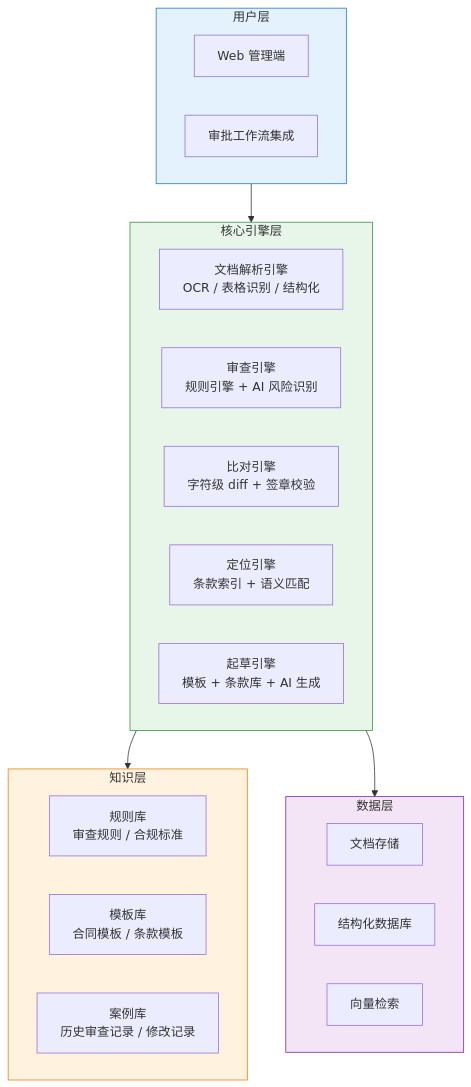
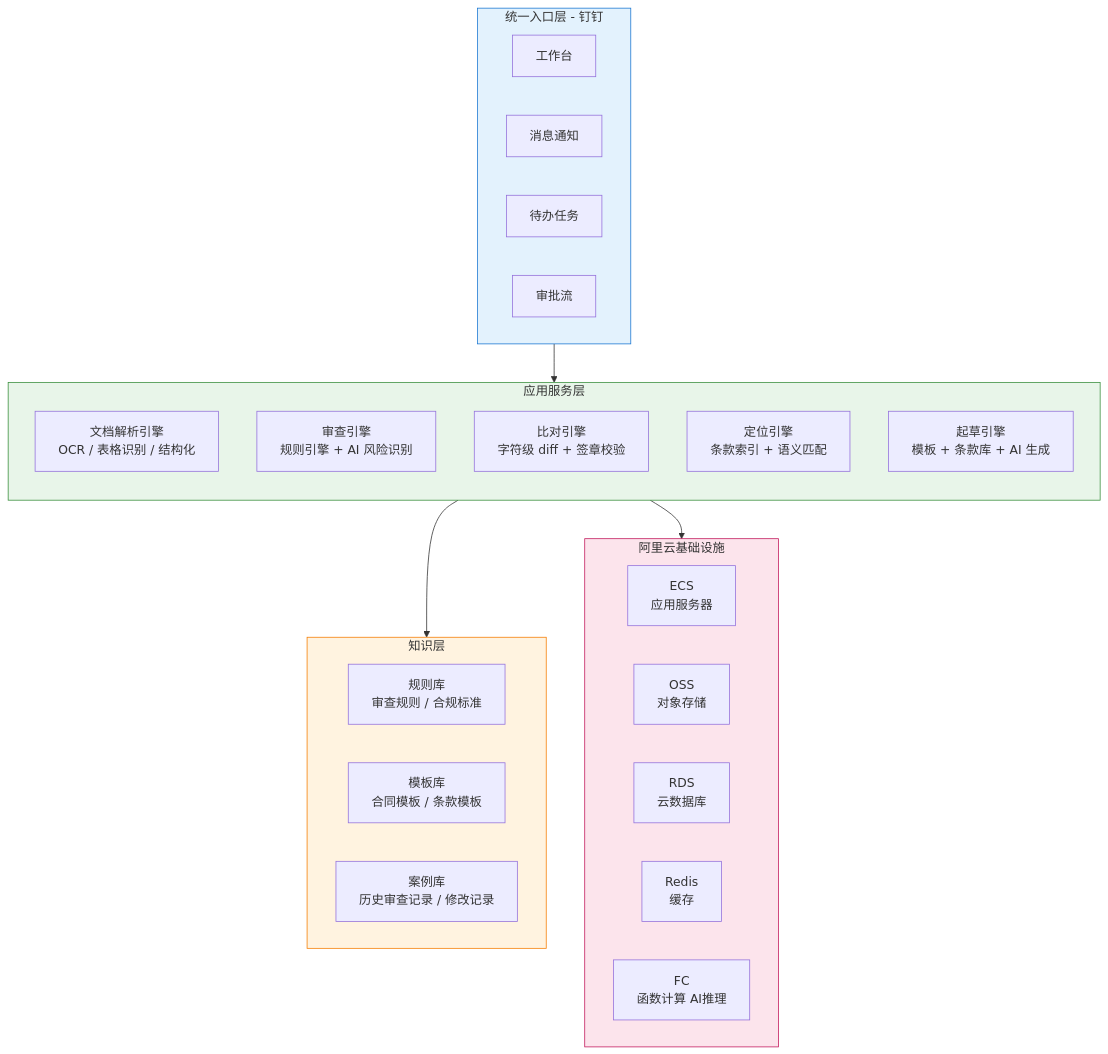
Before and after one commit to daemgo/syncmind-mmup4mzu: the first of 3 diagrams in docs/plan/intelligent-contract-management-solution.md, drawn with Mermaid. The commit also changed other lines of this file, not shown here.

````diff
--- a/docs/plan/intelligent-contract-management-solution.md
+++ b/docs/plan/intelligent-contract-management-solution.md
@@ -183,36 +183,43 @@
 ```mermaid
 flowchart TB
-    subgraph CLIENT["用户层"]
-        C1["Web 管理端"]
-        C2["审批工作流集成"]
+    subgraph ENTRY["统一入口层 - 钉钉"]
+        direction LR
+        E1["工作台"]
+        E2["消息通知"]
+        E3["待办任务"]
+        E4["审批流"]
     end
 
-    subgraph CORE["核心引擎层"]
+    subgraph APP["应用服务层"]
+        direction TB
         S1["文档解析引擎<br>OCR / 表格识别 / 结构化"]
         S2["审查引擎<br>规则引擎 + AI 风险识别"]
         S3["比对引擎<br>字符级 diff + 签章校验"]
         S4["定位引擎<br>条款索引 + 语义匹配"]
         S5["起草引擎<br>模板 + 条款库 + AI 生成"]
     end
 
     subgraph KNOWLEDGE["知识层"]
         K1["规则库<br>审查规则 / 合规标准"]
         K2["模板库<br>合同模板 / 条款模板"]
         K3["案例库<br>历史审查记录 / 修改记录"]
     end
 
-    subgraph DATA["数据层"]
-        DB1["文档存储"]
-        DB2["结构化数据库"]
-        DB3["向量检索"]
+    subgraph INFRA["阿里云基础设施"]
+        direction LR
+        I1["ECS<br>应用服务器"]
+        I2["OSS<br>对象存储"]
+        I3["RDS<br>云数据库"]
+        I4["Redis<br>缓存"]
+        I5["FC<br>函数计算 AI推理"]
     end
 
-    CLIENT --> CORE
-    CORE --> KNOWLEDGE
-    CORE --> DATA
+    ENTRY --> APP
+    APP --> KNOWLEDGE
+    APP --> INFRA
 
-    style CLIENT fill:#e3f2fd,stroke:#1976d2
-    style CORE fill:#e8f5e9,stroke:#388e3c
+    style ENTRY fill:#e3f2fd,stroke:#1976d2
+    style APP fill:#e8f5e9,stroke:#388e3c
     style KNOWLEDGE fill:#fff3e0,stroke:#f57c00
-    style DATA fill:#f3e5f5,stroke:#7b1fa2
+    style INFRA fill:#fce4ec,stroke:#c2185b
 ```
````
